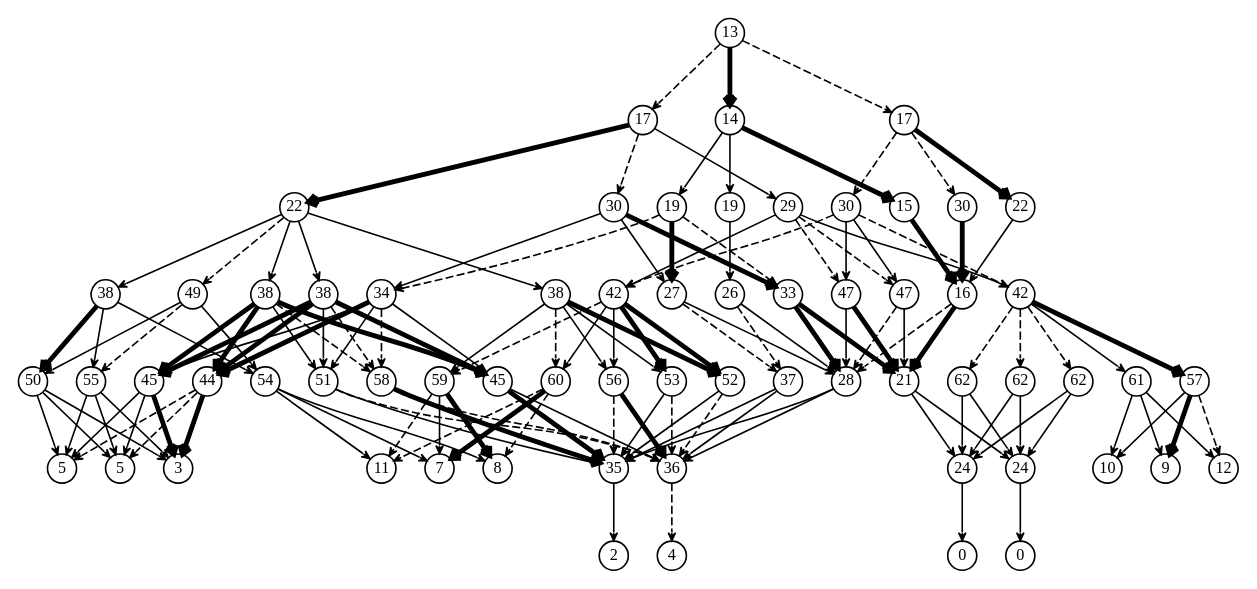
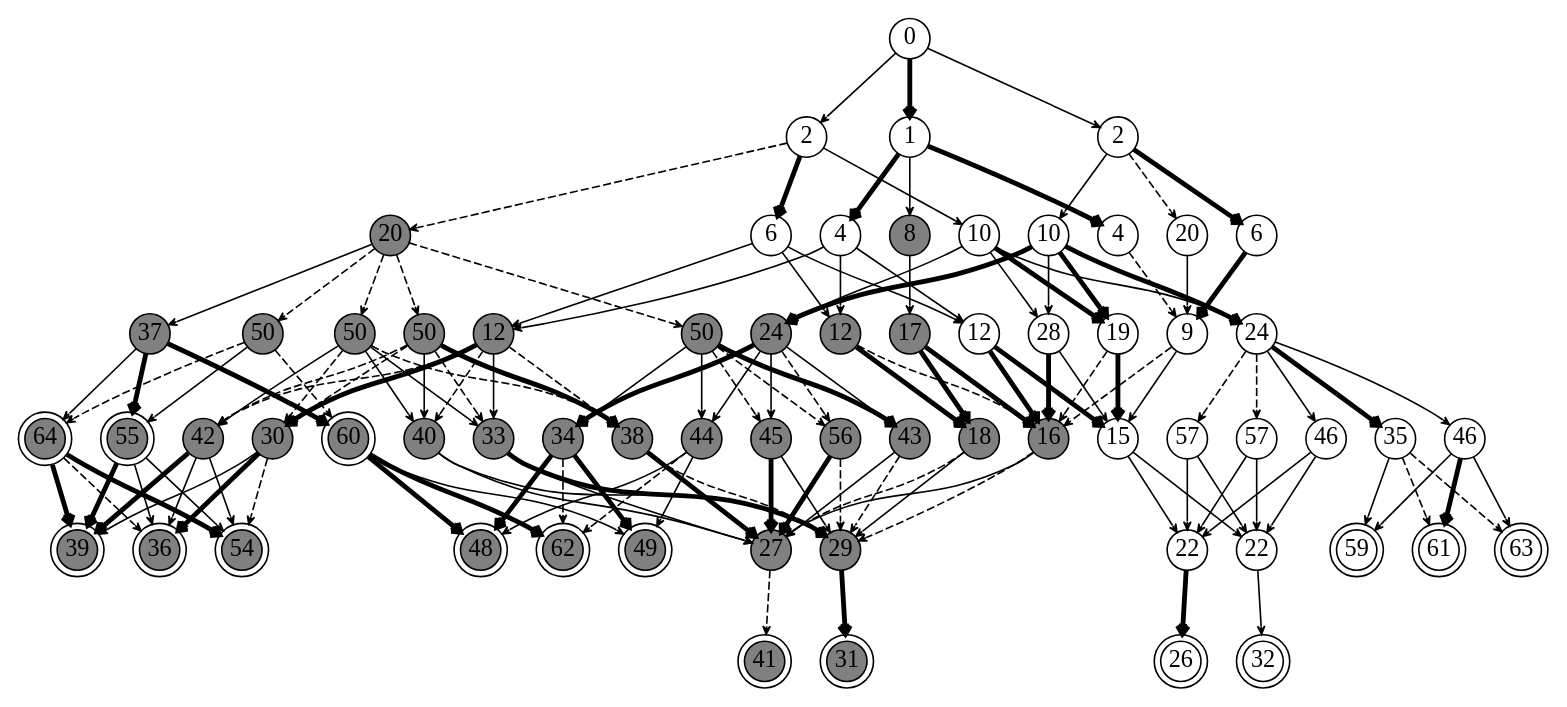
Before and after one commit to kphongph/repo_ttu: the diagram in attack_graph/result/weight.dot, drawn with Graphviz. The commit also changed 9 other files, not shown here.

Commit message:
new graphs

```diff
--- a/attack_graph/result/weight.dot
+++ b/attack_graph/result/weight.dot
@@ -1,207 +1,254 @@
 digraph G {
-  node [shape=circle,width=.25,height=.25,fixedsize=true,fontsize=10];
+  node [shape=circle,width=0.35,height=0.35,fixedsize=true,
+    fontname="Palatino",fontsize=15];
   edge [arrowhead="vee",arrowsize=.5];
-  s0 [label="13"];
-  s1 [label="17"];
-  s2 [label="14"];
-  s3 [label="17"];
-  s4 [label="22"];
-  s5 [label="30"];
-  s6 [label="19"];
-  s7 [label="19"];
-  s8 [label="29"];
-  s9 [label="30"];
-  s10 [label="15"];
-  s11 [label="30"];
-  s12 [label="22"];
-  s13 [label="38"];
-  s14 [label="49"];
-  s15 [label="38"];
-  s16 [label="38"];
-  s17 [label="34"];
-  s18 [label="38"];
-  s19 [label="42"];
-  s20 [label="27"];
-  s21 [label="26"];
-  s22 [label="33"];
-  s23 [label="47"];
-  s24 [label="47"];
-  s25 [label="16"];
-  s26 [label="42"];
-  s27 [label="55"];
-  s28 [label="50"];
-  s29 [label="45"];
-  s30 [label="44"];
-  s31 [label="54"];
-  s32 [label="60"];
-  s33 [label="59"];
-  s34 [label="51"];
-  s35 [label="58"];
-  s36 [label="45"];
-  s37 [label="53"];
-  s38 [label="52"];
-  s39 [label="56"];
-  s40 [label="37"];
-  s41 [label="28"];
-  s42 [label="61"];
-  s43 [label="57"];
-  s44 [label="21"];
-  s45 [label="62"];
-  s46 [label="62"];
-  s47 [label="62"];
-  s48 [label="5"];
-  s49 [label="3"];
-  s50 [label="5"];
-  s51 [label="8"];
-  s52 [label="11"];
-  s53 [label="7"];
-  s54 [label="35"];
-  s55 [label="36"];
-  s56 [label="9"];
-  s57 [label="12"];
-  s58 [label="10"];
-  s59 [label="24"];
-  s60 [label="24"];
-  s61 [label="2"];
-  s62 [label="4"];
-  s63 [label="0"];
-  s64 [label="0"];
-  s0 -> s1 [style=dashed];
+  s0 [label="0"];
+  s1 [label="2"];
+  s2 [label="1"];
+  s3 [label="2"];
+  s4 [label="20",style=filled, fillcolor=gray];
+  s5 [label="6"];
+  s6 [label="4"];
+  s7 [label="8",style=filled, fillcolor=gray];
+  s8 [label="10"];
+  s9 [label="10"];
+  s10 [label="4"];
+  s11 [label="20"];
+  s12 [label="6"];
+  s13 [label="37",style=filled, fillcolor=gray];
+  s14 [label="50",style=filled, fillcolor=gray];
+  s15 [label="50",style=filled, fillcolor=gray];
+  s16 [label="50",style=filled, fillcolor=gray];
+  s17 [label="12",style=filled, fillcolor=gray];
+  s18 [label="50",style=filled, fillcolor=gray];
+  s19 [label="24",style=filled, fillcolor=gray];
+  s20 [label="12",style=filled, fillcolor=gray];
+  s21 [label="17",style=filled, fillcolor=gray];
+  s22 [label="12"];
+  s23 [label="28"];
+  s24 [label="19"];
+  s25 [label="9"];
+  s26 [label="24"];
+  s27 [label="55",peripheries=2,style=filled, fillcolor=gray];
+  s28 [label="64",peripheries=2,style=filled, fillcolor=gray];
+  s29 [label="42",style=filled, fillcolor=gray];
+  s30 [label="30",style=filled, fillcolor=gray];
+  s31 [label="60",peripheries=2,style=filled, fillcolor=gray];
+  s32 [label="44",style=filled, fillcolor=gray];
+  s33 [label="34",style=filled, fillcolor=gray];
+  s34 [label="40",style=filled, fillcolor=gray];
+  s35 [label="33",style=filled, fillcolor=gray];
+  s36 [label="38",style=filled, fillcolor=gray];
+  s37 [label="56",style=filled, fillcolor=gray];
+  s38 [label="43",style=filled, fillcolor=gray];
+  s39 [label="45",style=filled, fillcolor=gray];
+  s40 [label="18",style=filled, fillcolor=gray];
+  s41 [label="16",style=filled, fillcolor=gray];
+  s42 [label="35"];
+  s43 [label="46"];
+  s44 [label="15"];
+  s45 [label="57"];
+  s46 [label="46"];
+  s47 [label="57"];
+  s48 [label="36",peripheries=2,style=filled, fillcolor=gray];
+  s49 [label="54",peripheries=2,style=filled, fillcolor=gray];
+  s50 [label="39",peripheries=2,style=filled, fillcolor=gray];
+  s51 [label="49",peripheries=2,style=filled, fillcolor=gray];
+  s52 [label="48",peripheries=2,style=filled, fillcolor=gray];
+  s53 [label="62",peripheries=2,style=filled, fillcolor=gray];
+  s54 [label="27",style=filled, fillcolor=gray];
+  s55 [label="29",style=filled, fillcolor=gray];
+  s56 [label="61",peripheries=2];
+  s57 [label="63",peripheries=2];
+  s58 [label="59",peripheries=2];
+  s59 [label="22"];
+  s60 [label="22"];
+  s61 [label="41",peripheries=2,style=filled, fillcolor=gray];
+  s62 [label="31",peripheries=2,style=filled, fillcolor=gray];
+  s63 [label="26",peripheries=2];
+  s64 [label="32",peripheries=2];
+
+  s0 -> s1 [penwidth=1];
   s0 -> s2 [penwidth=3];
-  s0 -> s3 [style=dashed];
-  s1 -> s4 [penwidth=3];
-  s1 -> s5 [style=dashed];
+  s0 -> s3 [penwidth=1];
+
+  s1 -> s4 [style=dashed];
+  s1 -> s5 [penwidth=3];
   s1 -> s8 [penwidth=1];
-  s2 -> s6 [penwidth=1];
+
+  s2 -> s6 [penwidth=3];
   s2 -> s7 [penwidth=1];
   s2 -> s10 [penwidth=3];
-  s3 -> s9 [style=dashed];
+  s3 -> s9 [penwidth=1];
   s3 -> s11 [style=dashed];
   s3 -> s12 [penwidth=3];
+
   s4 -> s13 [penwidth=1];
   s4 -> s14 [style=dashed];
-  s4 -> s15 [penwidth=1];
-  s4 -> s16 [penwidth=1];
-  s4 -> s18 [penwidth=1];
+  s4 -> s15 [style=dashed];
+  s4 -> s16 [style=dashed];
+  s4 -> s18 [style=dashed];
+
   s5 -> s17 [penwidth=1];
   s5 -> s20 [penwidth=1];
-  s5 -> s22 [penwidth=3];
-  s6 -> s17 [style=dashed];
-  s6 -> s20 [penwidth=3];
-  s6 -> s22 [style=dashed];
+  s5 -> s22 [penwidth=1];
+
+  s6 -> s17 [penwidth=1];
+  s6 -> s20 [penwidth=1];
+  s6 -> s22 [penwidth=1];
+
   s7 -> s21 [penwidth=1];
+
   s8 -> s19 [penwidth=1];
-  s8 -> s23 [style=dashed];
-  s8 -> s24 [style=dashed];
+  s8 -> s23 [penwidth=1];
+  s8 -> s24 [penwidth=3];
   s8 -> s26 [penwidth=1];
-  s9 -> s19 [style=dashed];
+
+  s9 -> s19 [penwidth=3];
   s9 -> s23 [penwidth=1];
-  s9 -> s24 [penwidth=1];
-  s9 -> s26 [style=dashed];
-  s10 -> s25 [penwidth=3];
-  s11 -> s25 [penwidth=3];
-  s12 -> s25 [penwidth=1];
-  s13 -> s27 [penwidth=1];
-  s13 -> s28 [penwidth=3];
-  s13 -> s31 [penwidth=1];
-  s14 -> s27 [style=dashed];
-  s14 -> s28 [penwidth=1];
-  s14 -> s31 [penwidth=1];
-  s15 -> s29 [penwidth=3];
-  s15 -> s30 [penwidth=3];
+  s9 -> s24 [penwidth=3];
+  s9 -> s26 [penwidth=3];
+
+  s10 -> s25 [style=dashed];
+  s11 -> s25 [penwidth=1];
+  s12 -> s25 [penwidth=3];
+
+  s13 -> s27 [penwidth=3];
+  s13 -> s28 [penwidth=1];
+  s13 -> s31 [penwidth=3];
+
+  s14 -> s27 [penwidth=1];
+  s14 -> s28 [style=dashed];
+  s14 -> s31 [style=dashed];
+
+  s15 -> s29 [penwidth=1];
+  s15 -> s30 [style=dashed];
   s15 -> s34 [penwidth=1];
-  s15 -> s35 [style=dashed];
-  s15 -> s36 [penwidth=3];
-  s16 -> s29 [penwidth=3];
-  s16 -> s30 [penwidth=3];
+  s15 -> s35 [penwidth=1];
+  s15 -> s36 [style=dashed];
+
+  s16 -> s29 [style=dashed];
+  s16 -> s30 [style=dashed];
   s16 -> s34 [penwidth=1];
   s16 -> s35 [style=dashed];
   s16 -> s36 [penwidth=3];
-  s17 -> s29 [penwidth=1];
+
+  s17 -> s29 [style=dashed];
   s17 -> s30 [penwidth=3];
-  s17 -> s34 [penwidth=1];
-  s17 -> s35 [style=dashed];
-  s17 -> s36 [penwidth=1];
-  s18 -> s32 [style=dashed];
+  s17 -> s34 [style=dashed];
+  s17 -> s35 [penwidth=1];
+  s17 -> s36 [style=dashed];
+
+  s18 -> s32 [penwidth=1];
   s18 -> s33 [penwidth=1];
-  s18 -> s37 [penwidth=1];
+  s18 -> s37 [style=dashed];
   s18 -> s38 [penwidth=3];
-  s18 -> s39 [penwidth=1];
+  s18 -> s39 [style=dashed];
+
+  s19 -> s33 [penwidth=3];
   s19 -> s32 [penwidth=1];
-  s19 -> s33 [style=dashed];
-  s19 -> s37 [penwidth=3];
-  s19 -> s38 [penwidth=3];
+  s19 -> s38 [penwidth=1];
+  s19 -> s37 [style=dashed];
   s19 -> s39 [penwidth=1];
-  s20 -> s40 [style=dashed];
-  s20 -> s41 [penwidth=1];
-  s21 -> s40 [style=dashed];
-  s21 -> s41 [penwidth=1];
+
+  s20 -> s40 [penwidth=3];
+  s20 -> s41 [style=dashed];
+
+  s21 -> s40 [penwidth=3];
+  s21 -> s41 [penwidth=3];
+
   s22 -> s41 [penwidth=3];
   s22 -> s44 [penwidth=3];
-  s23 -> s41 [penwidth=1];
-  s23 -> s44 [penwidth=3];
+
+  s23 -> s41 [penwidth=3];
+  s23 -> s44 [penwidth=1];
+
   s24 -> s41 [style=dashed];
-  s24 -> s44 [penwidth=1];
+  s24 -> s44 [penwidth=3];
+
   s25 -> s41 [style=dashed];
-  s25 -> s44 [penwidth=3];
-  s26 -> s42 [penwidth=1];
-  s26 -> s43 [penwidth=3];
+  s25 -> s44 [penwidth=1];
+
+  s26 -> s47 [style=dashed];
   s26 -> s45 [style=dashed];
-  s26 -> s46 [style=dashed];
-  s26 -> s47 [style=dashed];
+  s26 -> s46 [penwidth=1];
+  s26 -> s42 [penwidth=3];
+  s26 -> s43 [penwidth=1];
+
   s27 -> s48 [penwidth=1];
   s27 -> s49 [penwidth=1];
-  s27 -> s50 [penwidth=1];
-  s28 -> s48 [penwidth=1];
-  s28 -> s49 [penwidth=1];
-  s28 -> s50 [penwidth=1];
+  s27 -> s50 [penwidth=3];
+
+  s28 -> s48 [style=dashed];
+  s28 -> s49 [penwidth=3];
+  s28 -> s50 [penwidth=3];
+
   s29 -> s48 [penwidth=1];
-  s29 -> s49 [penwidth=3];
-  s29 -> s50 [penwidth=1];
-  s30 -> s48 [style=dashed];
-  s30 -> s49 [penwidth=3];
-  s30 -> s50 [style=dashed];
+  s29 -> s49 [penwidth=1];
+  s29 -> s50 [penwidth=3];
+
+  s30 -> s50 [penwidth=1];
+  s30 -> s48 [penwidth=3];
+  s30 -> s49 [style=dashed];
+
+  s31 -> s52 [penwidth=3];
+  s31 -> s53 [penwidth=3];
   s31 -> s51 [penwidth=1];
-  s31 -> s52 [penwidth=1];
-  s31 -> s53 [penwidth=1];
-  s32 -> s51 [style=dashed];
-  s32 -> s52 [style=dashed];
-  s32 -> s53 [penwidth=3];
+
+  s32 -> s51 [penwidth=1];
+  s32 -> s52 [penwidth=1];
+  s32 -> s53 [style=dashed];
+
+  s33 -> s52 [penwidth=3];
+  s33 -> s53 [style=dashed];
   s33 -> s51 [penwidth=3];
-  s33 -> s52 [style=dashed];
-  s33 -> s53 [penwidth=1];
+
   s34 -> s54 [penwidth=1];
-  s34 -> s55 [style=dashed];
-  s35 -> s54 [penwidth=3];
-  s35 -> s55 [style=dashed];
+  s34 -> s55 [penwidth=1];
+
+  s35 -> s54 [penwidth=1];
+  s35 -> s55 [penwidth=3];
+
   s36 -> s54 [penwidth=3];
-  s36 -> s55 [penwidth=1];
-  s37 -> s54 [penwidth=1];
+  s36 -> s55 [style=dashed];
+
+  s37 -> s54 [penwidth=3];
   s37 -> s55 [style=dashed];
+
   s38 -> s54 [penwidth=1];
   s38 -> s55 [style=dashed];
-  s39 -> s54 [style=dashed];
-  s39 -> s55 [penwidth=3];
-  s40 -> s54 [penwidth=1];
+
+  s39 -> s54 [penwidth=3];
+  s39 -> s55 [penwidth=1];
+
+  s40 -> s54 [style=dashed];
   s40 -> s55 [penwidth=1];
+
   s41 -> s54 [penwidth=1];
-  s41 -> s55 [penwidth=1];
-  s42 -> s56 [penwidth=1];
-  s42 -> s57 [penwidth=1];
+  s41 -> s55 [style=dashed];
+
   s42 -> s58 [penwidth=1];
+  s42 -> s56 [style=dashed];
+  s42 -> s57 [style=dashed];
+
+  s43 -> s58 [penwidth=1];
   s43 -> s56 [penwidth=3];
-  s43 -> s57 [style=dashed];
-  s43 -> s58 [penwidth=1];
+  s43 -> s57 [penwidth=1];
+
   s44 -> s59 [penwidth=1];
   s44 -> s60 [penwidth=1];
+
   s45 -> s59 [penwidth=1];
   s45 -> s60 [penwidth=1];
+
   s46 -> s59 [penwidth=1];
   s46 -> s60 [penwidth=1];
+
   s47 -> s59 [penwidth=1];
   s47 -> s60 [penwidth=1];
-  s54 -> s61 [penwidth=1];
-  s55 -> s62 [style=dashed];
-  s59 -> s63 [penwidth=1];
+
+  s54 -> s61 [style=dashed];
+  s55 -> s62 [penwidth=3];
+  s59 -> s63 [penwidth=3];
   s60 -> s64 [penwidth=1];
 }
```
